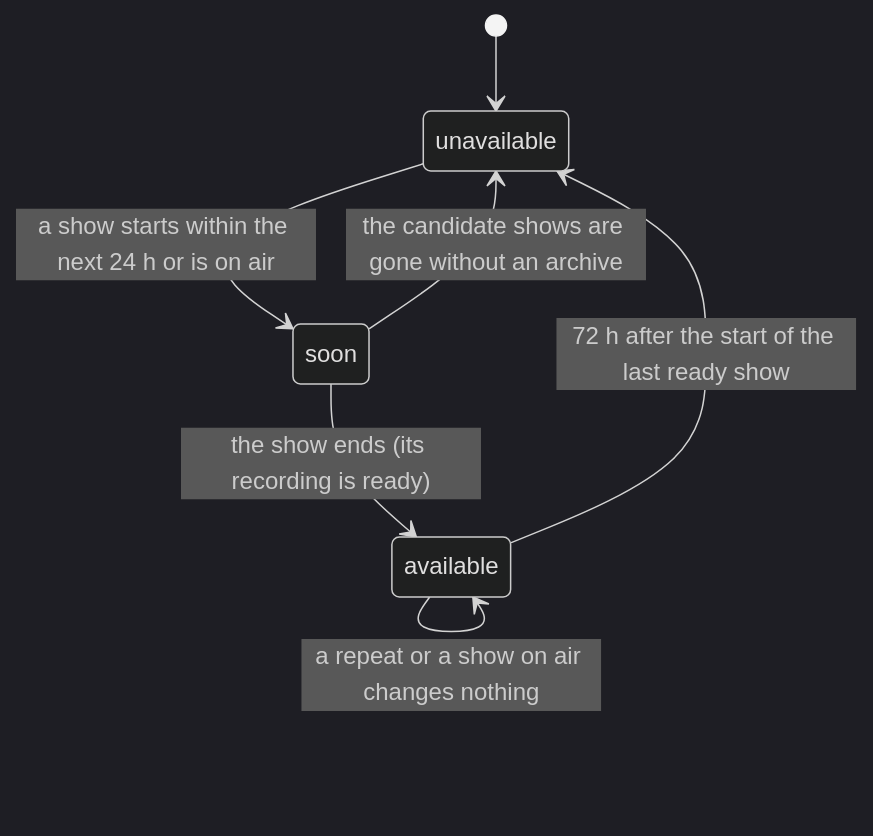
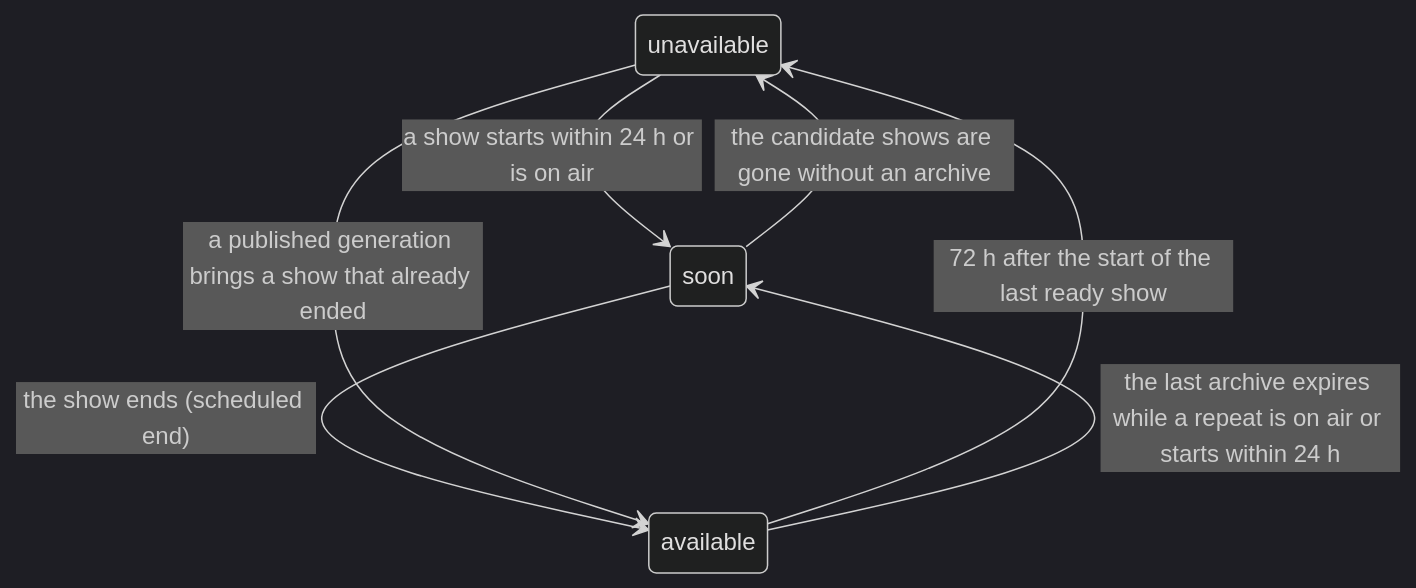
The second of 2 diagrams in docs/architecture/epg-and-availability.md (vladimino/iptv-watchlist), drawn with Mermaid (dark theme) before and after one commit. The commit also changed other lines of this file and 9 other files, not shown here.

First line of the commit message:
AIR-433: review fixes: ADR 0114 references in code, a complete state diagram (available to soon, no fixed initial state), appearsAt is a scheduled end

````diff
--- a/docs/architecture/epg-and-availability.md
+++ b/docs/architecture/epg-and-availability.md
@@ -32,9 +32,9 @@
 ```mermaid
 stateDiagram-v2
-    [*] --> unavailable
-    unavailable --> soon: a show starts within the next 24 h or is on air
-    soon --> available: the show ends (its recording is ready)
+    unavailable --> soon: a show starts within 24 h or is on air
+    soon --> available: the show ends (scheduled end)
+    soon --> unavailable: the candidate shows are gone without an archive
     available --> unavailable: 72 h after the start of the last ready show
-    soon --> unavailable: the candidate shows are gone without an archive
-    available --> available: a repeat or a show on air changes nothing
+    available --> soon: the last archive expires while a repeat is on air or starts within 24 h
+    unavailable --> available: a published generation brings a show that already ended
 ```
````
